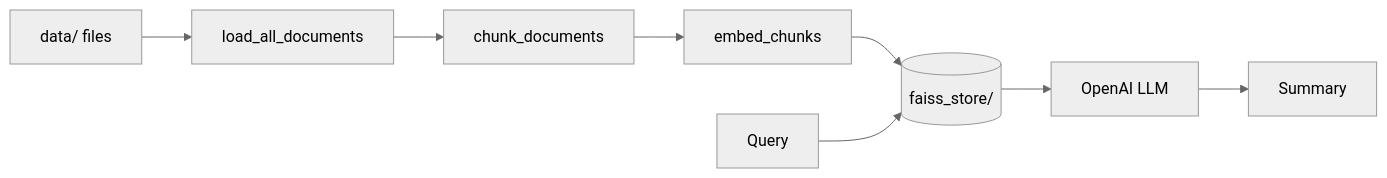
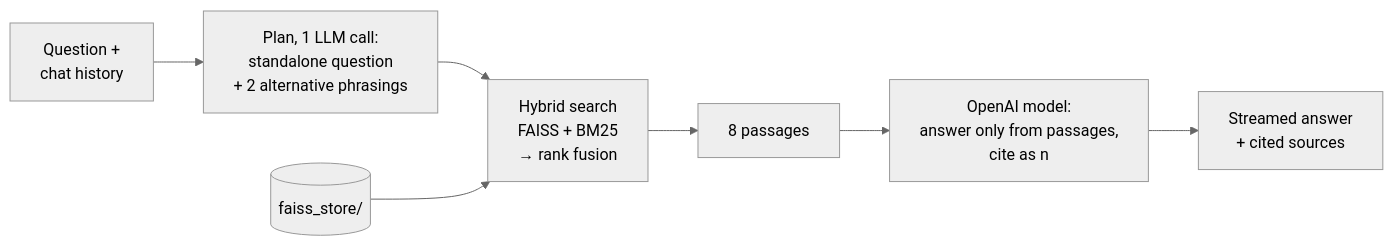
One commit to taniket15/shakespeare-rag changed the second of 2 diagrams in README.md. Above: the diagram before and after it, drawn with Mermaid (neutral theme). The commit also changed other lines of this file and 3 other files, not shown here.

````diff
--- a/README.md
+++ b/README.md
@@ -18,10 +124,9 @@
 ```mermaid
 flowchart LR
-  Data[data/ files] --> Load[load_all_documents]
-  Load --> Chunk[chunk_documents]
-  Chunk --> Embed[embed_chunks]
-  Embed --> FAISS[(faiss_store/)]
-  Query[Query] --> FAISS
-  FAISS --> LLM[OpenAI LLM]
-  LLM --> Answer[Summary]
+  Q[Question +<br/>chat history] --> Plan[Plan, 1 LLM call:<br/>standalone question<br/>+ 2 alternative phrasings]
+  Plan --> Hybrid[Hybrid search<br/>FAISS + BM25<br/>→ rank fusion]
+  Store[(faiss_store/)] --> Hybrid
+  Hybrid --> Passages[8 passages]
+  Passages --> LLM[OpenAI model:<br/>answer only from passages,<br/>cite as n]
+  LLM --> UI[Streamed answer<br/>+ cited sources]
 ```
````
